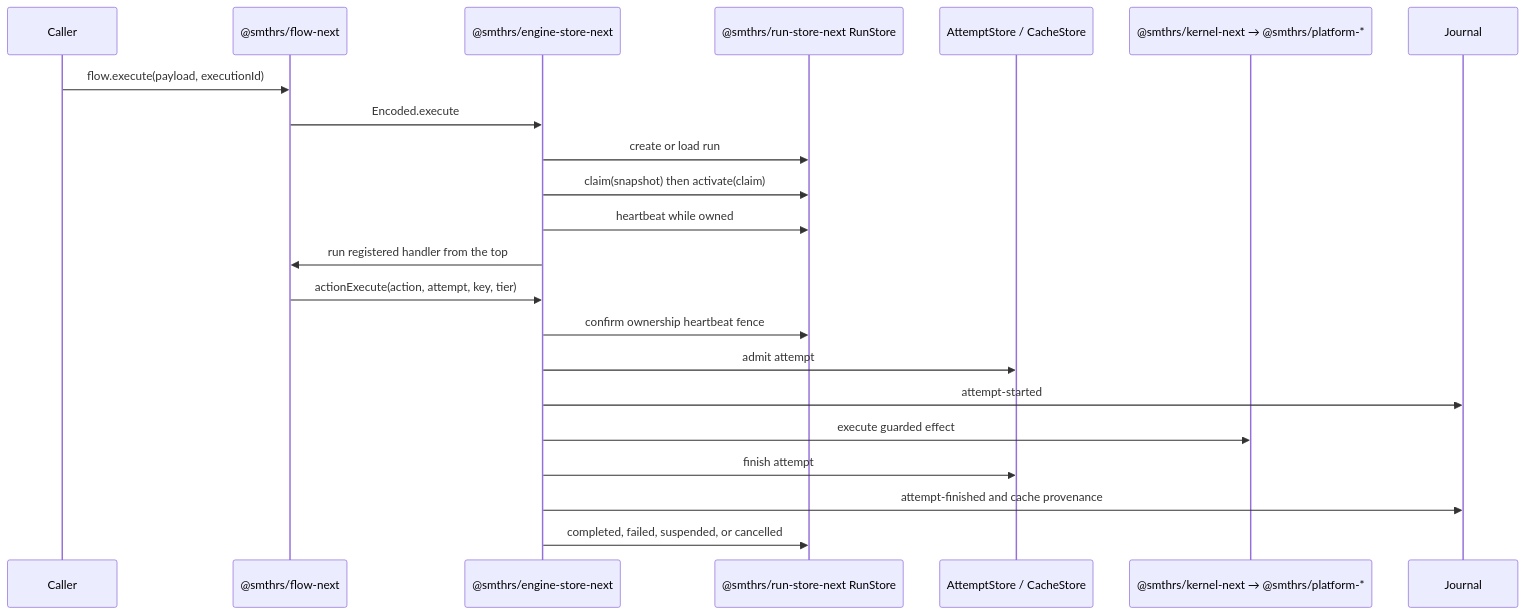
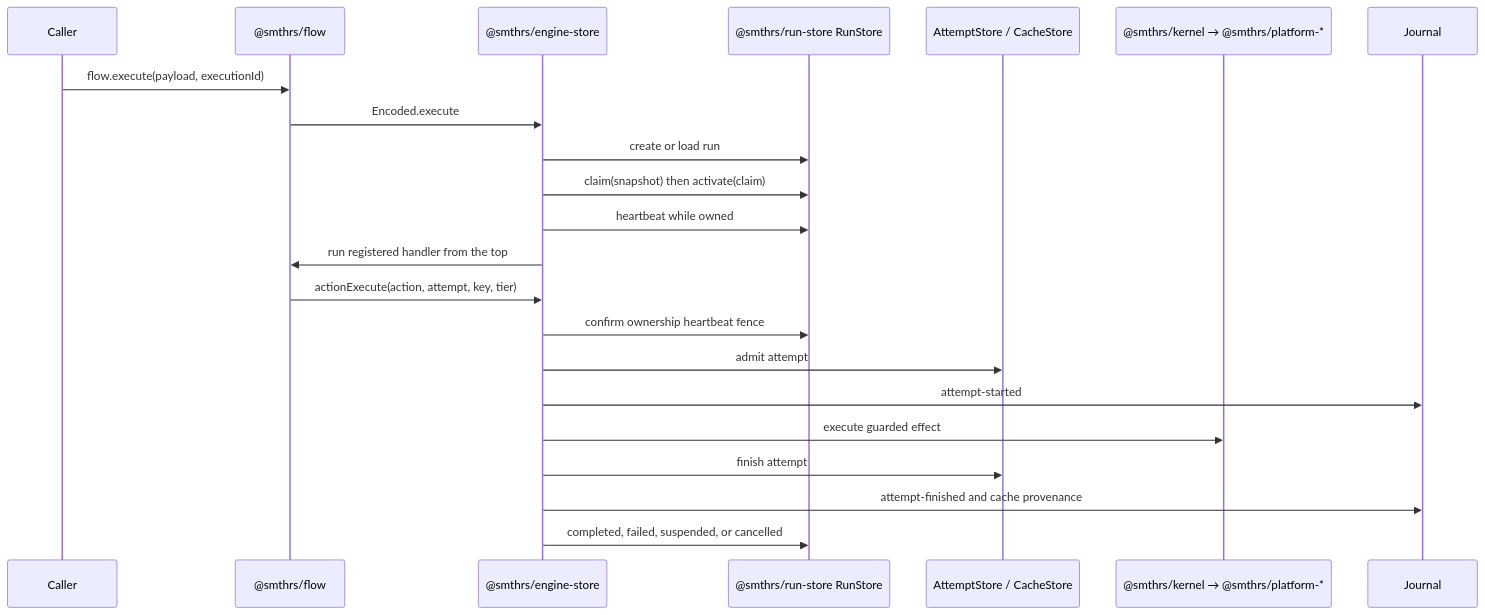
One commit to smithersai/flows changed the diagram in docs/architecture/execution-data-flow.md. Above: the diagram before and after it, drawn with Mermaid. The commit also changed other lines of this file and 793 other files, not shown here.

````diff
--- a/docs/architecture/execution-data-flow.md
+++ b/docs/architecture/execution-data-flow.md
@@ -5,25 +5,25 @@
 ```mermaid
 sequenceDiagram
   participant Caller
-  participant Flow as @smthrs/flow-next
-  participant Driver as @smthrs/engine-store-next
-  participant Runs as @smthrs/run-store-next RunStore
+  participant Flow as @smthrs/flow
+  participant Driver as @smthrs/engine-store
+  participant Runs as @smthrs/run-store RunStore
   participant Attempts as AttemptStore / CacheStore
-  participant Host as @smthrs/kernel-next → @smthrs/platform-*
+  participant Host as @smthrs/kernel → @smthrs/platform-*
   participant Journal as Journal
 
   Caller->>Flow: flow.execute(payload, executionId)
   Flow->>Driver: Encoded.execute
   Driver->>Runs: create or load run
   Driver->>Runs: claim(snapshot) then activate(claim)
   Driver->>Runs: heartbeat while owned
   Driver->>Flow: run registered handler from the top
   Flow->>Driver: actionExecute(action, attempt, key, tier)
   Driver->>Runs: confirm ownership heartbeat fence
   Driver->>Attempts: admit attempt
   Driver->>Journal: attempt-started
   Driver->>Host: execute guarded effect
   Driver->>Attempts: finish attempt
   Driver->>Journal: attempt-finished and cache provenance
   Driver->>Runs: completed, failed, suspended, or cancelled
 ```
````
